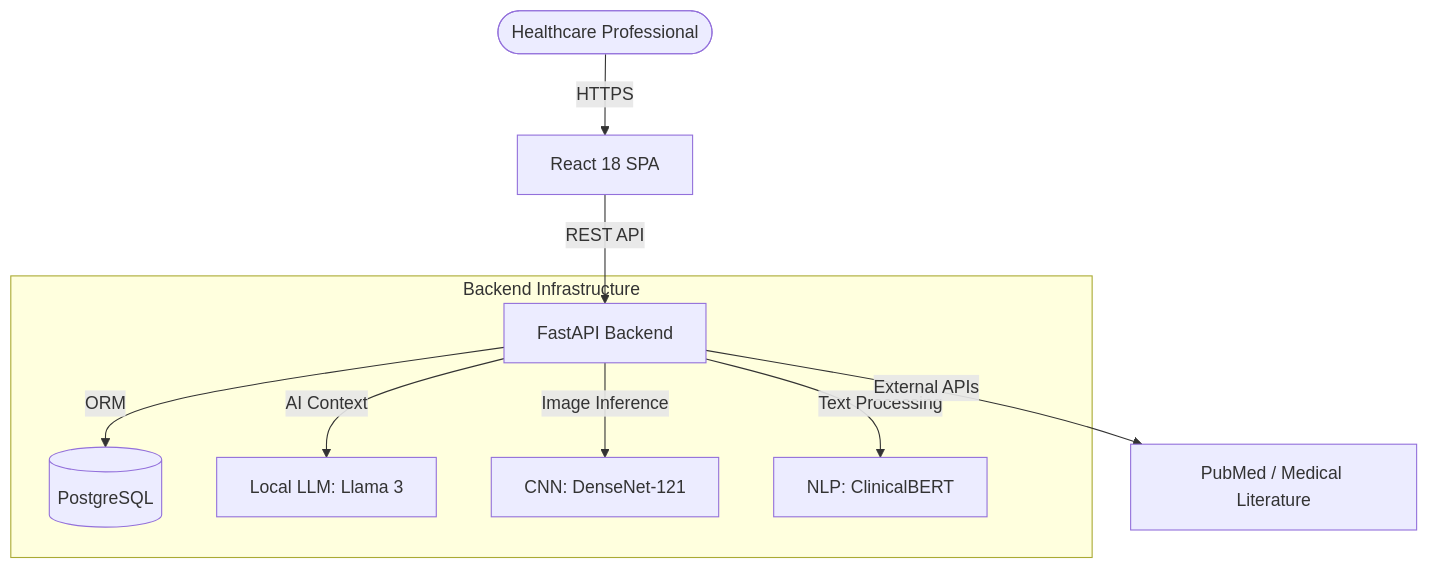
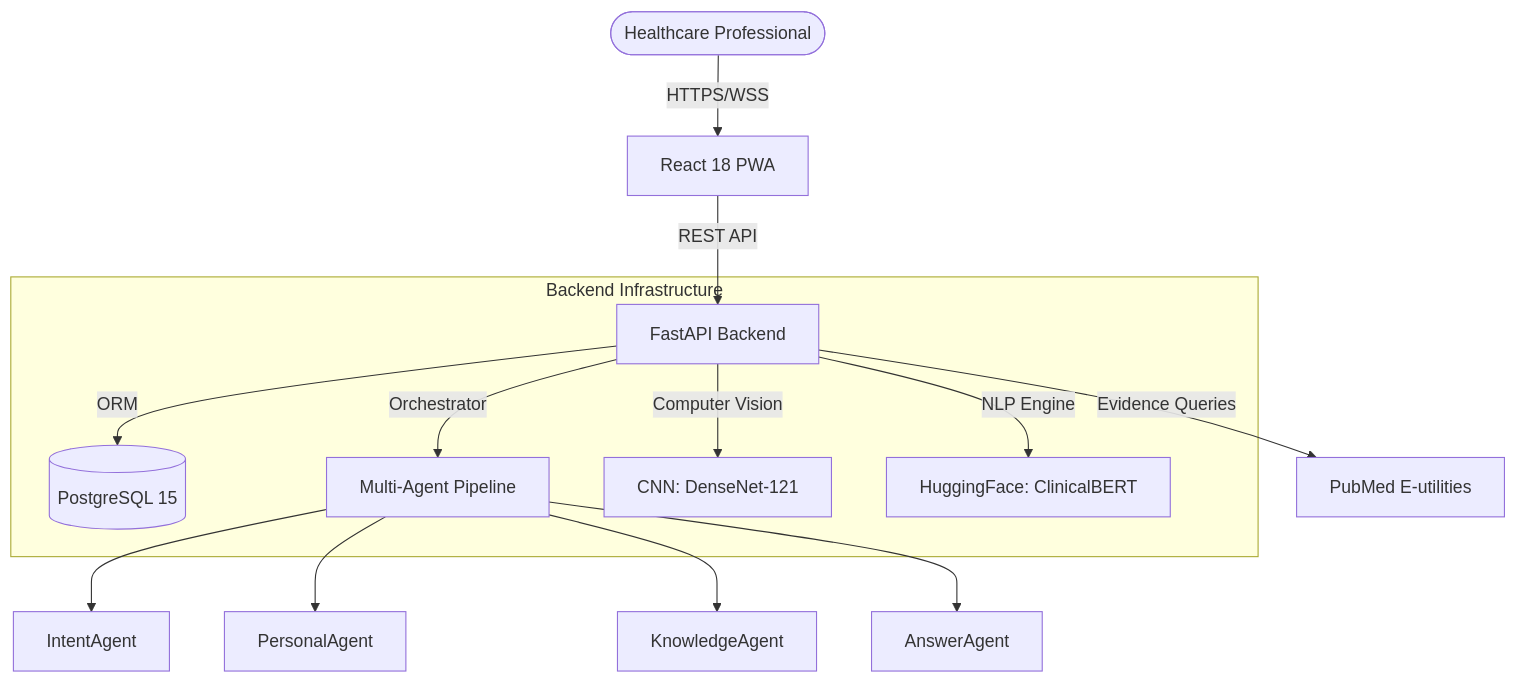
One commit to TITANBGG/SaglikCebim changed the diagram in README.md. Above: the diagram before and after it, drawn with Mermaid. The commit also changed other lines of this file, not shown here.

Commit message:
docs: enrich README with highly detailed technical achievements and architecture

````diff
--- a/README.md
+++ b/README.md
@@ -39,14 +61,19 @@
 ```mermaid
 graph TD
-    User([Healthcare Professional]) -->|HTTPS| ReactFrontend[React 18 SPA]
+    User([Healthcare Professional]) -->|HTTPS/WSS| ReactFrontend[React 18 PWA]
     ReactFrontend -->|REST API| FastAPI[FastAPI Backend]
     
     subgraph Backend Infrastructure
-        FastAPI -->|ORM| Postgres[(PostgreSQL)]
-        FastAPI -->|AI Context| Ollama[Local LLM: Llama 3]
-        FastAPI -->|Image Inference| DenseNet[CNN: DenseNet-121]
-        FastAPI -->|Text Processing| ClinicalBERT[NLP: ClinicalBERT]
+        FastAPI -->|ORM| Postgres[(PostgreSQL 15)]
+        FastAPI -->|Orchestrator| MultiAgent[Multi-Agent Pipeline]
+        FastAPI -->|Computer Vision| DenseNet[CNN: DenseNet-121]
+        FastAPI -->|NLP Engine| ClinicalBERT[HuggingFace: ClinicalBERT]
     end
     
-    FastAPI -->|External APIs| PubMed[PubMed / Medical Literature]
+    MultiAgent --> IntentAgent
+    MultiAgent --> PersonalAgent
+    MultiAgent --> KnowledgeAgent
+    MultiAgent --> AnswerAgent
+    
+    FastAPI -->|Evidence Queries| PubMed[PubMed E-utilities]
 ```
````
